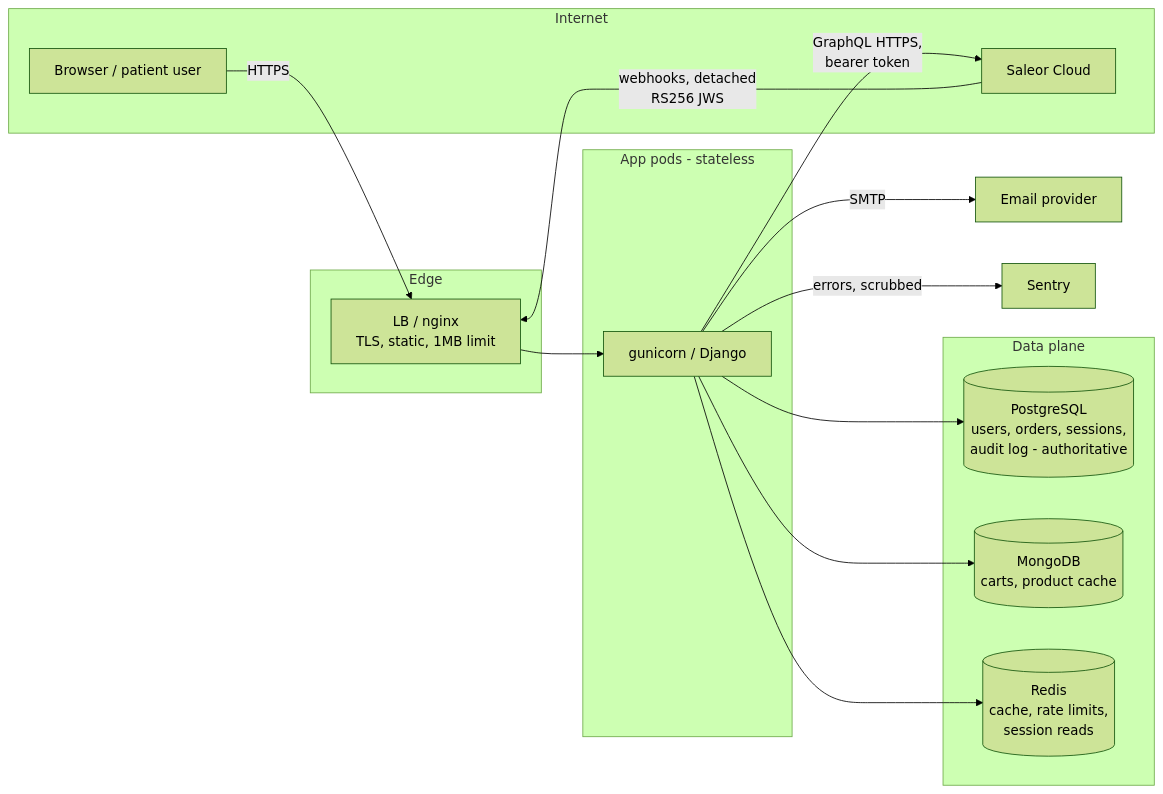
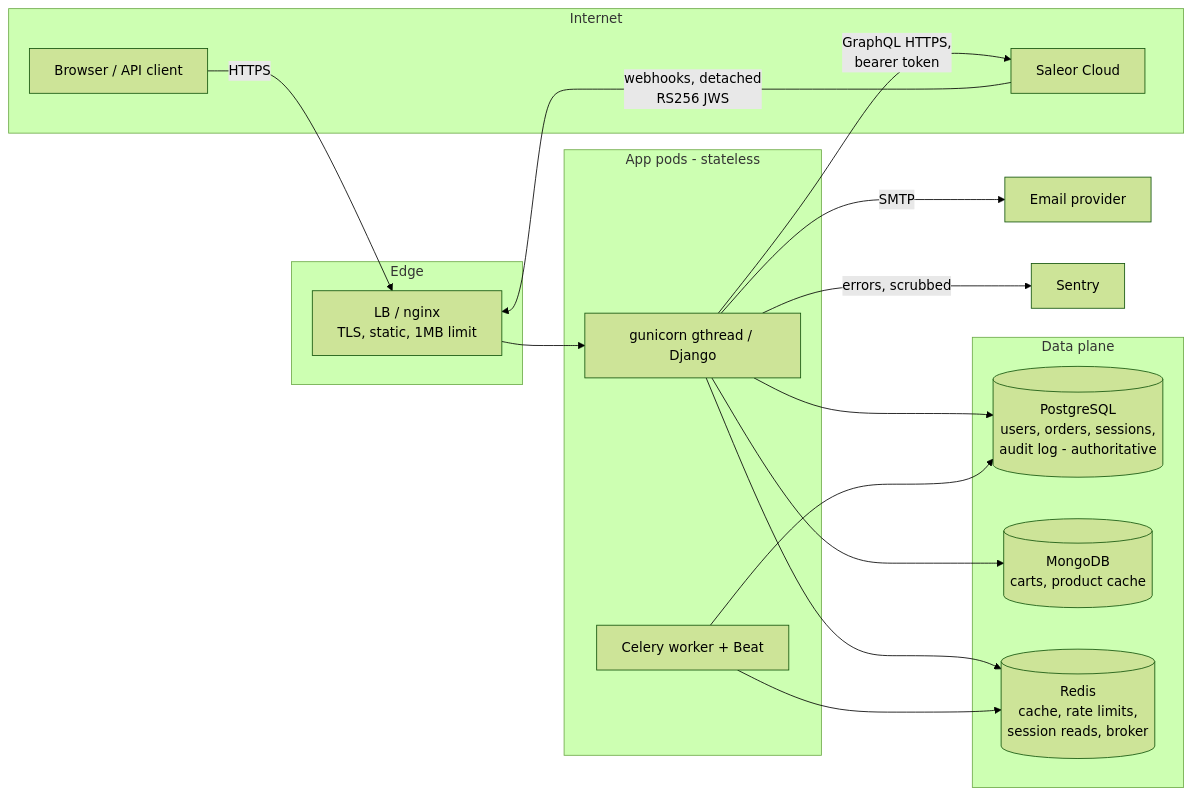
The diagram in Eve/docs/THREAT_MODEL.md (LexLPS/DjangoAppEve), drawn with Mermaid (forest theme) before and after one commit. The commit also changed other lines of this file and 1 other file, not shown here.

````diff
--- a/Eve/docs/THREAT_MODEL.md
+++ b/Eve/docs/THREAT_MODEL.md
@@ -12,26 +49,29 @@
 ```mermaid
 flowchart LR
     subgraph internet [Internet]
-        U[Browser / patient user]
+        U[Browser / API client]
         S[Saleor Cloud]
     end
     subgraph edge [Edge]
         LB[LB / nginx<br/>TLS, static, 1MB limit]
     end
     subgraph app [App pods - stateless]
-        W[gunicorn / Django]
+        W[gunicorn gthread / Django]
+        C[Celery worker + Beat]
     end
     subgraph data [Data plane]
         PG[(PostgreSQL<br/>users, orders, sessions,<br/>audit log - authoritative)]
         MG[(MongoDB<br/>carts, product cache)]
-        RD[(Redis<br/>cache, rate limits,<br/>session reads)]
+        RD[(Redis<br/>cache, rate limits,<br/>session reads, broker)]
     end
     U -->|HTTPS| LB --> W
     W --> PG
     W --> MG
     W --> RD
+    C --> PG
+    C --> RD
     W -->|GraphQL HTTPS,<br/>bearer token| S
     S -->|webhooks, detached<br/>RS256 JWS| LB
     W -->|SMTP| M[Email provider]
     W -->|errors, scrubbed| SN[Sentry]
 ```
````
